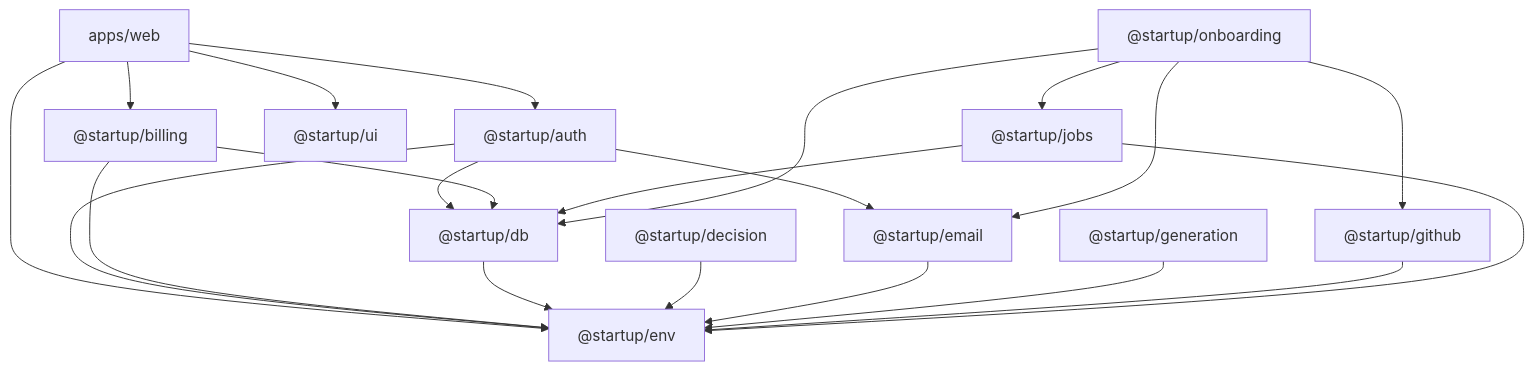
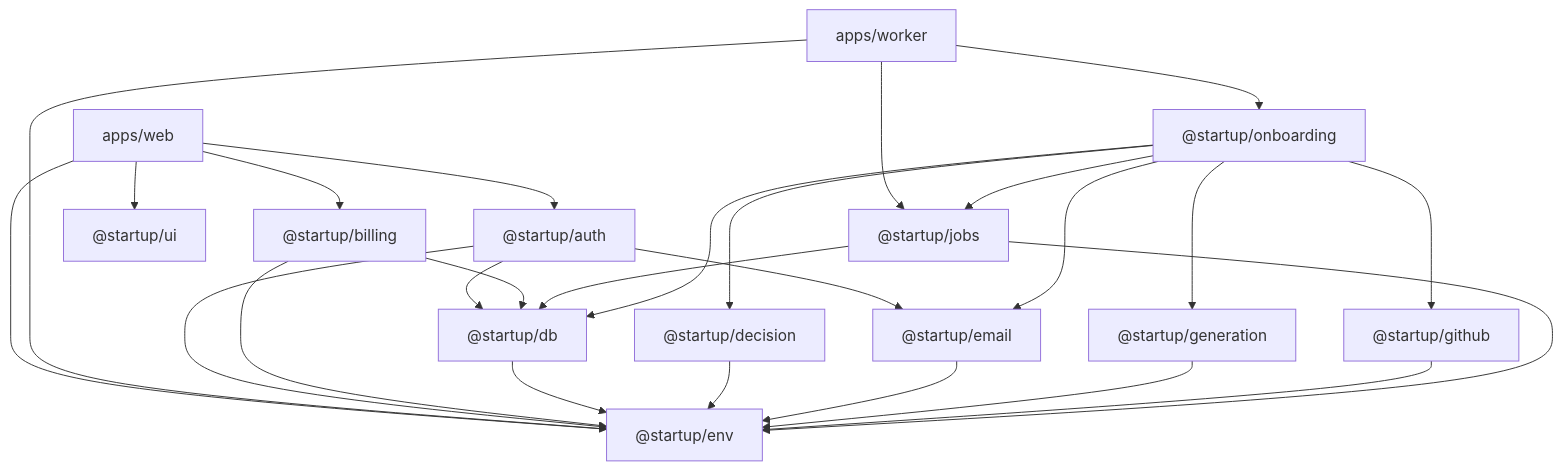
Before and after one commit to allen-padilla/repo-onboarding: the diagram in docs/architecture/package-boundaries.md, drawn with Mermaid. The commit also changed other lines of this file and 39 other files, not shown here.

First line of the commit message:
feat(onboarding): add the repository analysis and its worker

````diff
--- a/docs/architecture/package-boundaries.md
+++ b/docs/architecture/package-boundaries.md
@@ -31,36 +34,42 @@
 ```mermaid
 flowchart TD
   web["apps/web"]
+  worker["apps/worker"]
   auth["@startup/auth"]
   billing["@startup/billing"]
   ui["@startup/ui"]
   db["@startup/db"]
   decision["@startup/decision"]
   email["@startup/email"]
   env["@startup/env"]
   generation["@startup/generation"]
   github["@startup/github"]
   jobs["@startup/jobs"]
   onboarding["@startup/onboarding"]
 
   web --> auth
   web --> billing
   web --> ui
   web --> env
+  worker --> env
+  worker --> jobs
+  worker --> onboarding
   auth --> db
   auth --> email
   auth --> env
   billing --> db
   billing --> env
   db --> env
   decision --> env
   email --> env
   generation --> env
   github --> env
   jobs --> db
   jobs --> env
   onboarding --> db
+  onboarding --> decision
   onboarding --> email
+  onboarding --> generation
   onboarding --> github
   onboarding --> jobs
 ```
````
